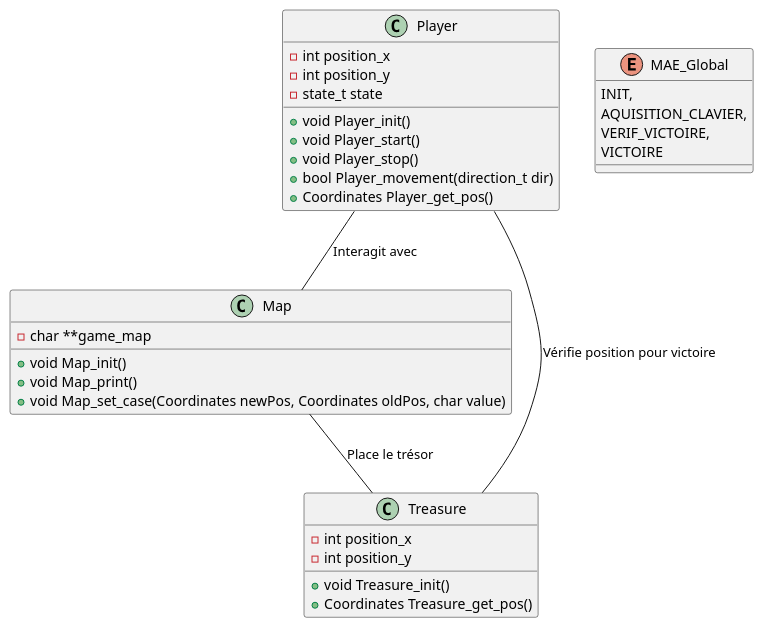
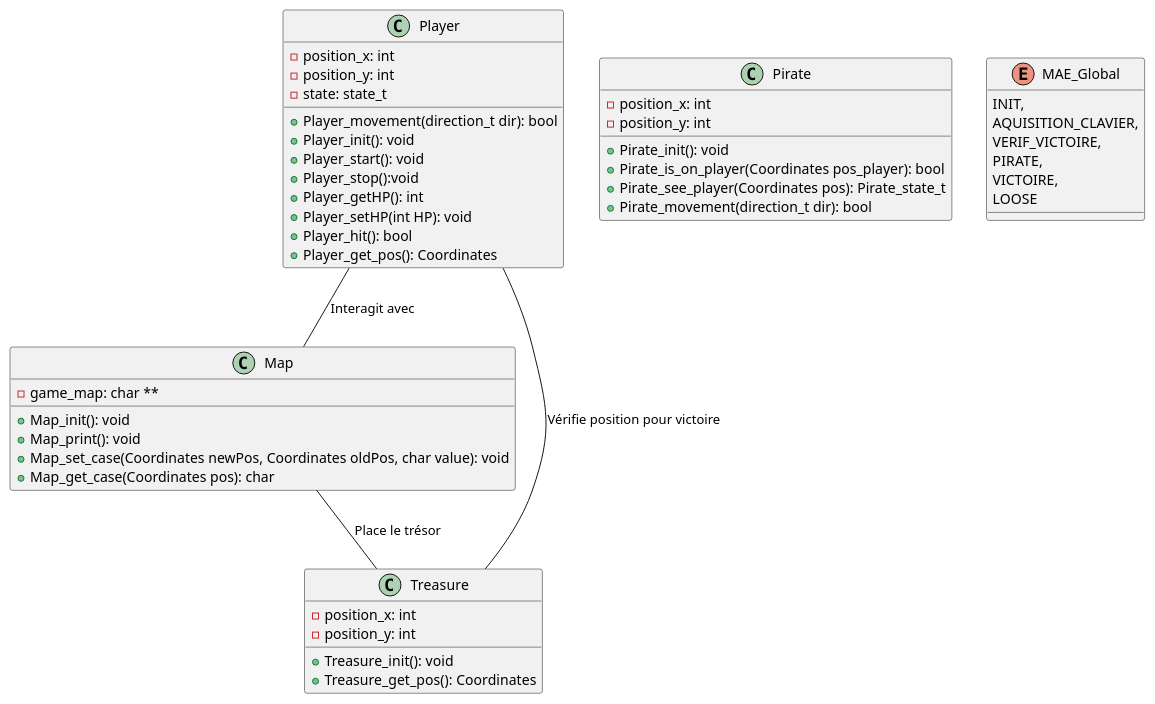
The diagram in SUTEAU_BIRMELE/base/diagrameClass.puml (florentbeseo/Tresor), drawn with PlantUML before and after one commit. The commit also changed 2 other files, not shown here.

Commit message:
Reprise main.c pirate + diagrmame class.

```diff
--- a/SUTEAU_BIRMELE/base/diagrameClass.puml
+++ b/SUTEAU_BIRMELE/base/diagrameClass.puml
@@ -1,37 +1,53 @@
 @startuml
 class Player {
-    - int position_x
-    - int position_y
-    - state_t state
-    + void Player_init()
-    + void Player_start()
-    + void Player_stop()
-    + bool Player_movement(direction_t dir)
-    + Coordinates Player_get_pos()
+    - position_x: int
+    - position_y: int
+    - state: state_t
+    + Player_movement(direction_t dir): bool
+    + Player_init(): void
+    + Player_start(): void
+    + Player_stop():void
+    + Player_getHP(): int
+    + Player_setHP(int HP): void
+    + Player_hit(): bool
+    + Player_get_pos(): Coordinates
+}
+class Map {
+    - game_map: char **
+    + Map_init(): void
+    + Map_print(): void
+    + Map_set_case(Coordinates newPos, Coordinates oldPos, char value): void
+    + Map_get_case(Coordinates pos): char
 }
 
-class Map {
-    - char **game_map
-    + void Map_init()
-    + void Map_print()
-    + void Map_set_case(Coordinates newPos, Coordinates oldPos, char value)
+
+class Treasure {
+    - position_x: int
+    - position_y: int
+    + Treasure_init(): void
+    + Treasure_get_pos(): Coordinates
 }
 
-class Treasure {
-    - int position_x
-    - int position_y
-    + void Treasure_init()
-    + Coordinates Treasure_get_pos()
+class Pirate{
+    - position_x: int
+    - position_y: int
+    + Pirate_init(): void
+    + Pirate_is_on_player(Coordinates pos_player): bool
+    + Pirate_see_player(Coordinates pos): Pirate_state_t
+    + Pirate_movement(direction_t dir): bool
 }
+
 
 enum MAE_Global {
     INIT,
     AQUISITION_CLAVIER,
     VERIF_VICTOIRE,
-    VICTOIRE
+    PIRATE,
+    VICTOIRE,
+    LOOSE
 }
 
 Player -- Map : "Interagit avec"
 Player -- Treasure : "Vérifie position pour victoire"
 Map -- Treasure : "Place le trésor"
 @enduml
```
